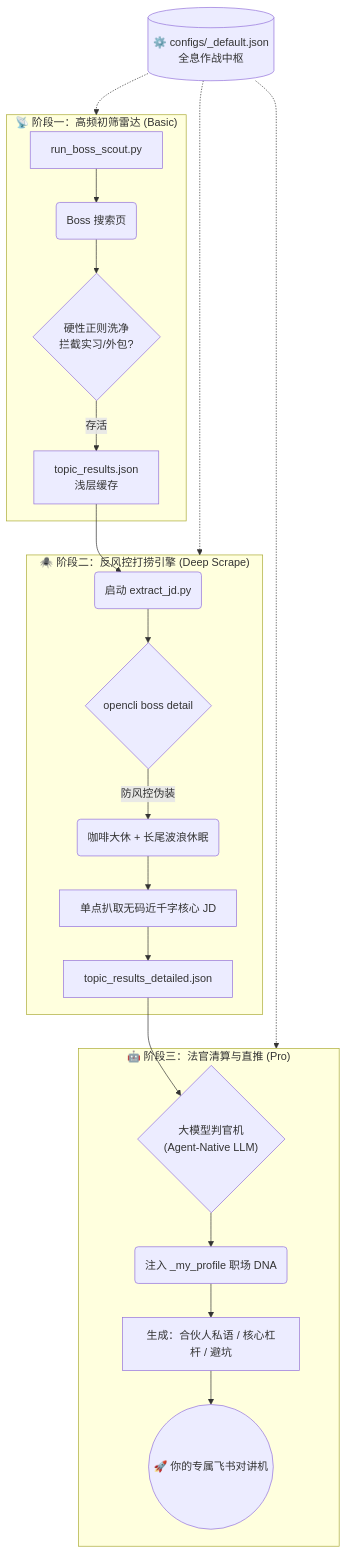
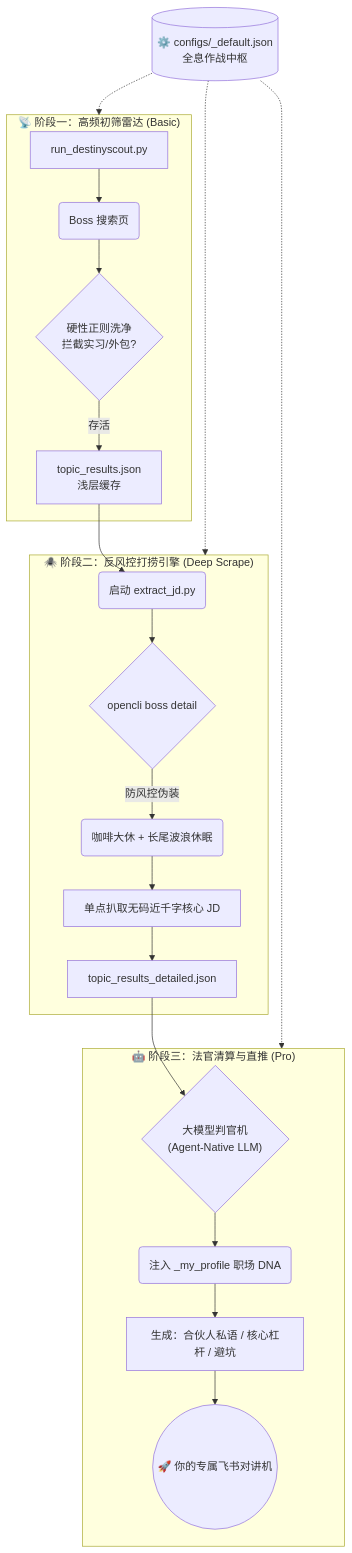
Before and after one commit to Scofy0123/Destiny-job-scout: the diagram in README.md, drawn with Mermaid. The commit also changed other lines of this file and 5 other files, not shown here.

Commit message:
chore: globally rename project code files and references from boss-job-scout to destinyscout

````diff
--- a/README.md
+++ b/README.md
@@ -30,27 +30,27 @@
 ```mermaid
 flowchart TD
     Config[("⚙️ configs/_default.json\n全息作战中枢")] -.-> Phase1
     Config -.-> Phase2
     Config -.-> Phase3
 
     subgraph Phase1 ["📡 阶段一：高频初筛雷达 (Basic)"]
-        A["run_boss_scout.py"] --> B("Boss 搜索页")
+        A["run_destinyscout.py"] --> B("Boss 搜索页")
         B --> C{"硬性正则洗净\n拦截实习/外包?"}
         C -->|"存活"| E["topic_results.json\n浅层缓存"]
     end
 
     subgraph Phase2 ["🕷️ 阶段二：反风控打捞引擎 (Deep Scrape)"]
         E --> G("启动 extract_jd.py")
         G --> H{"opencli boss detail"}
         H -->|"防风控伪装"| H1("咖啡大休 + 长尾波浪休眠")
         H1 --> K["单点扒取无码近千字核心 JD"]
         K --> L["topic_results_detailed.json"]
     end
 
     subgraph Phase3 ["🤖 阶段三：法官清算与直推 (Pro)"]
         L --> LLM{"大模型判官机\n(Agent-Native LLM)"}
         LLM --> Split("注入 _my_profile 职场 DNA") 
         Split --> M["生成：合伙人私语 / 核心杠杆 / 避坑"]
         M --> P(("🚀 你的专属飞书对讲机"))
     end
 ```
````
